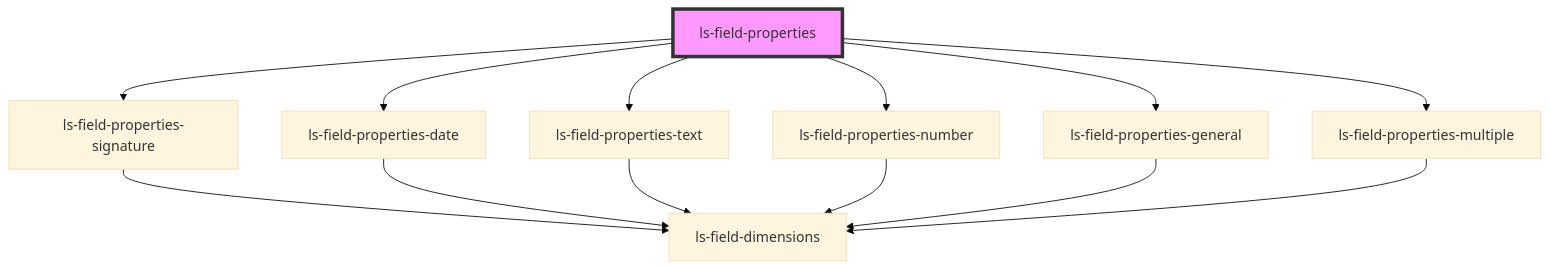
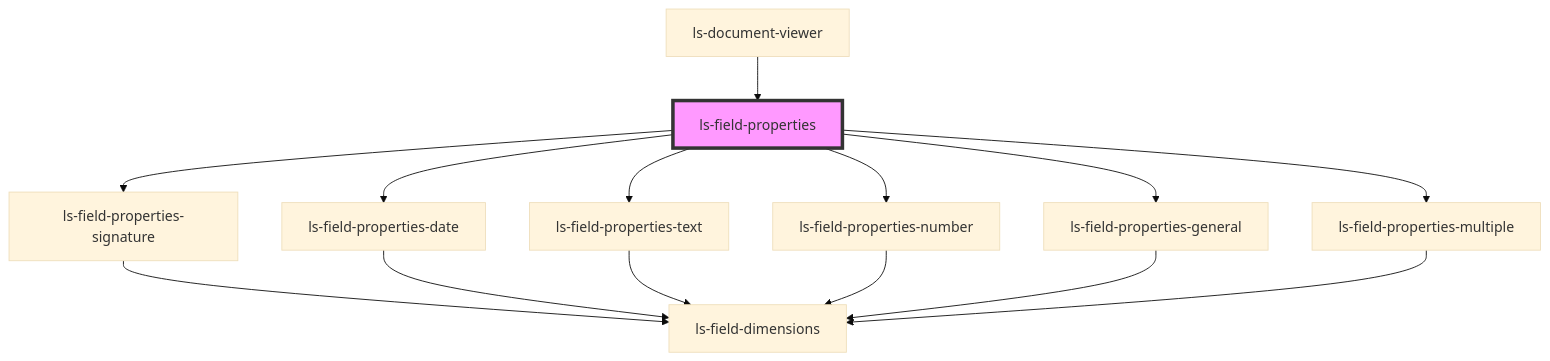
Before and after one commit to legalesign/ls-document-viewer: the diagram in src/components/ls-field-properties/readme.md, drawn with Mermaid (base theme). The commit also changed other lines of this file and 8 other files, not shown here.

````diff
--- a/src/components/ls-field-properties/readme.md
+++ b/src/components/ls-field-properties/readme.md
@@ -27,16 +31,17 @@
 ```mermaid
 graph TD;
   ls-field-properties --> ls-field-properties-signature
   ls-field-properties --> ls-field-properties-date
   ls-field-properties --> ls-field-properties-text
   ls-field-properties --> ls-field-properties-number
   ls-field-properties --> ls-field-properties-general
   ls-field-properties --> ls-field-properties-multiple
   ls-field-properties-signature --> ls-field-dimensions
   ls-field-properties-date --> ls-field-dimensions
   ls-field-properties-text --> ls-field-dimensions
   ls-field-properties-number --> ls-field-dimensions
   ls-field-properties-general --> ls-field-dimensions
   ls-field-properties-multiple --> ls-field-dimensions
+  ls-document-viewer --> ls-field-properties
   style ls-field-properties fill:#f9f,stroke:#333,stroke-width:4px
 ```
````
